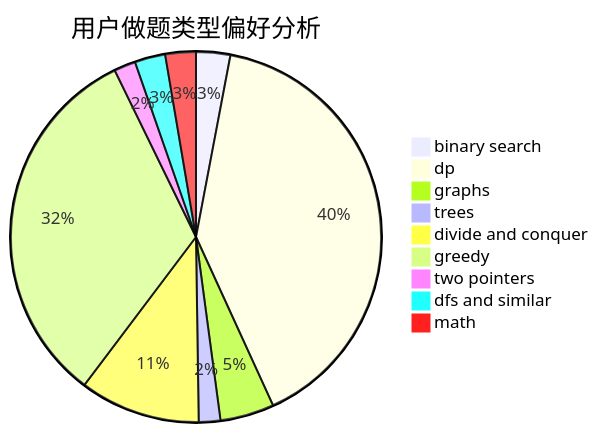
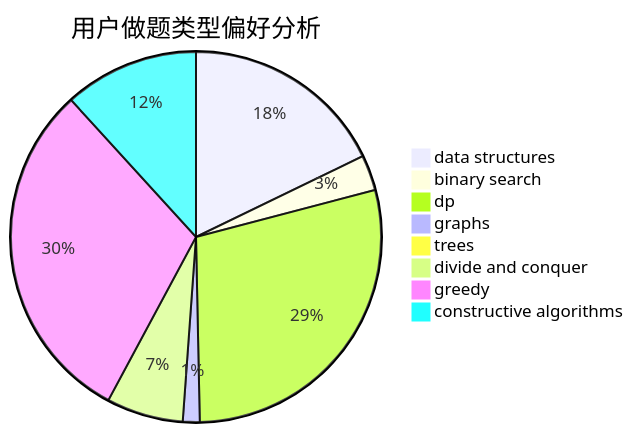
One commit to sherpahu/cfrs.github.io changed the second of 3 diagrams in docs/user/u1075.md. Above: the diagram before and after it, drawn with Mermaid. The commit also changed other lines of this file and 2775 other files, not shown here.

````diff
--- a/docs/user/u1075.md
+++ b/docs/user/u1075.md
@@ -23,12 +23,11 @@
 ```mermaid
 pie title 用户做题类型偏好分析
+    "data structures" :  109
     "binary search" :  19
-    "dp" :  256
-    "graphs" :  30
-    "trees" :  12
-    "divide and conquer" :  67
-    "greedy" :  207
-    "two pointers" :  12
-    "dfs and similar" :  17
-    "math" :  17
+    "dp" :  176
+    "graphs" :  9
+    "trees" :  3
+    "divide and conquer" :  41
+    "greedy" :  186
+    "constructive algorithms" :  72
 ```
````
